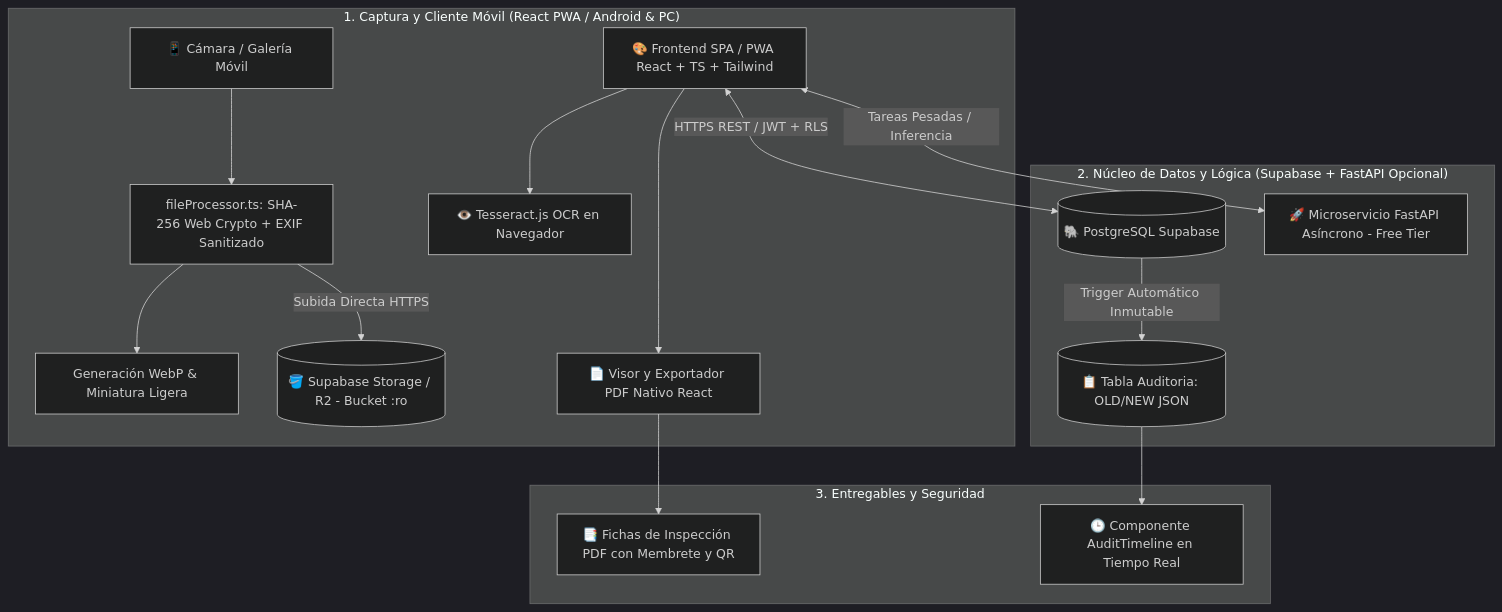
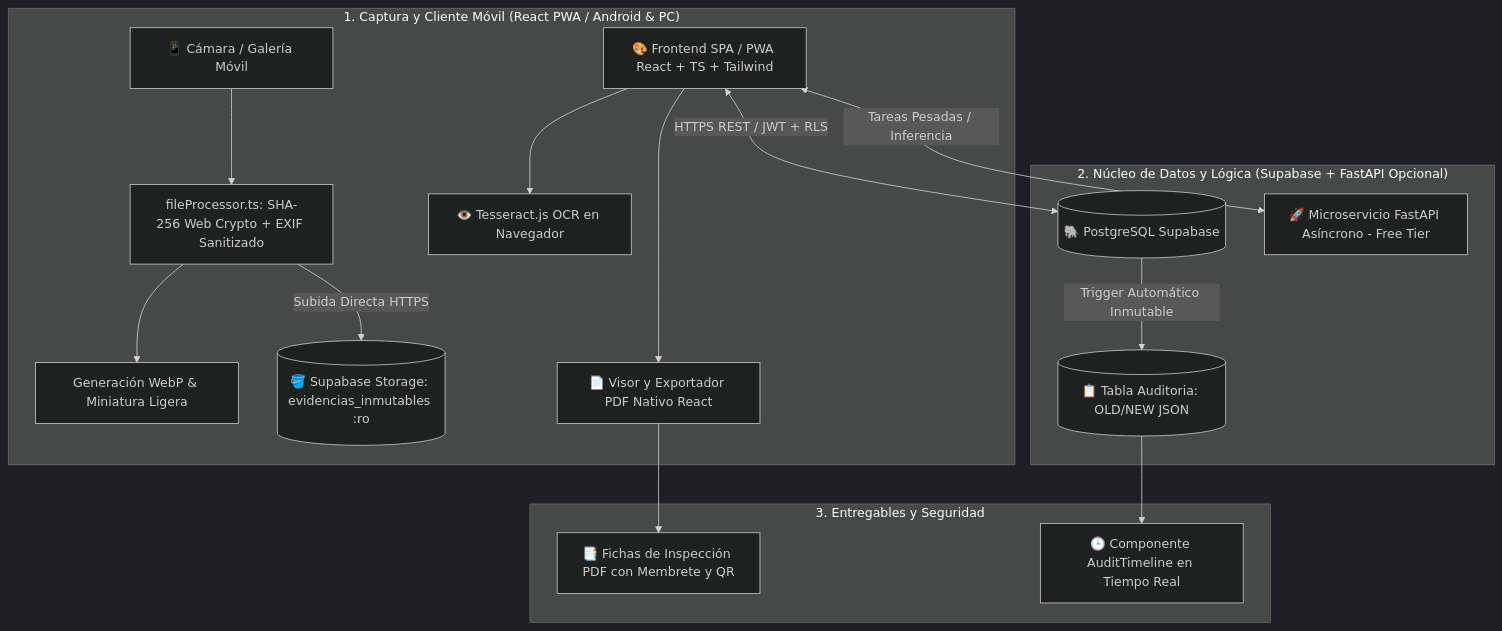
Before and after one commit to Tiburonchin/ELIS_5.vs2.2: the first of 3 diagrams in ARQUITECTURA_Y_ESPECIFICACION_MODERNA.md, drawn with Mermaid (dark theme). The commit also changed other lines of this file, not shown here.

Commit message:
docs: detallar roadmap formal de 5 fases (Supabase, PWA, Ingesta SHA-256, CropCanvas OCR, Fichas PDF)

````diff
--- a/ARQUITECTURA_Y_ESPECIFICACION_MODERNA.md
+++ b/ARQUITECTURA_Y_ESPECIFICACION_MODERNA.md
@@ -29,23 +29,23 @@
 ```mermaid
 flowchart TD
     subgraph Cliente["1. Captura y Cliente Móvil (React PWA / Android & PC)"]
         CAM[📱 Cámara / Galería Móvil] --> UPLOAD[fileProcessor.ts: SHA-256 Web Crypto + EXIF Sanitizado]
         UPLOAD --> PREVIEW[Generación WebP & Miniatura Ligera]
-        UPLOAD -->|Subida Directa HTTPS| STORAGE[(🪣 Supabase Storage / R2 - Bucket :ro)]
+        UPLOAD -->|Subida Directa HTTPS| STORAGE[(🪣 Supabase Storage: evidencias_inmutables :ro)]
         
         UI[🎨 Frontend SPA / PWA React + TS + Tailwind] --> OCR_CLIENT[👁️ Tesseract.js OCR en Navegador]
         UI --> PDF_GEN[📄 Visor y Exportador PDF Nativo React]
     end
 
     subgraph BackendCloud["2. Núcleo de Datos y Lógica (Supabase + FastAPI Opcional)"]
         UI <-->|HTTPS REST / JWT + RLS| SUPABASE[(🐘 PostgreSQL Supabase)]
         SUPABASE -->|Trigger Automático Inmutable| AUDIT_LOG[(📋 Tabla Auditoria: OLD/NEW JSON)]
         
         UI <-->|Tareas Pesadas / Inferencia| FASTAPI[🚀 Microservicio FastAPI Asíncrono - Free Tier]
     end
 
     subgraph Salidas["3. Entregables y Seguridad"]
         PDF_GEN --> REPORT[📑 Fichas de Inspección PDF con Membrete y QR]
         AUDIT_LOG --> TIMELINE[🕒 Componente AuditTimeline en Tiempo Real]
     end
 ```
````
